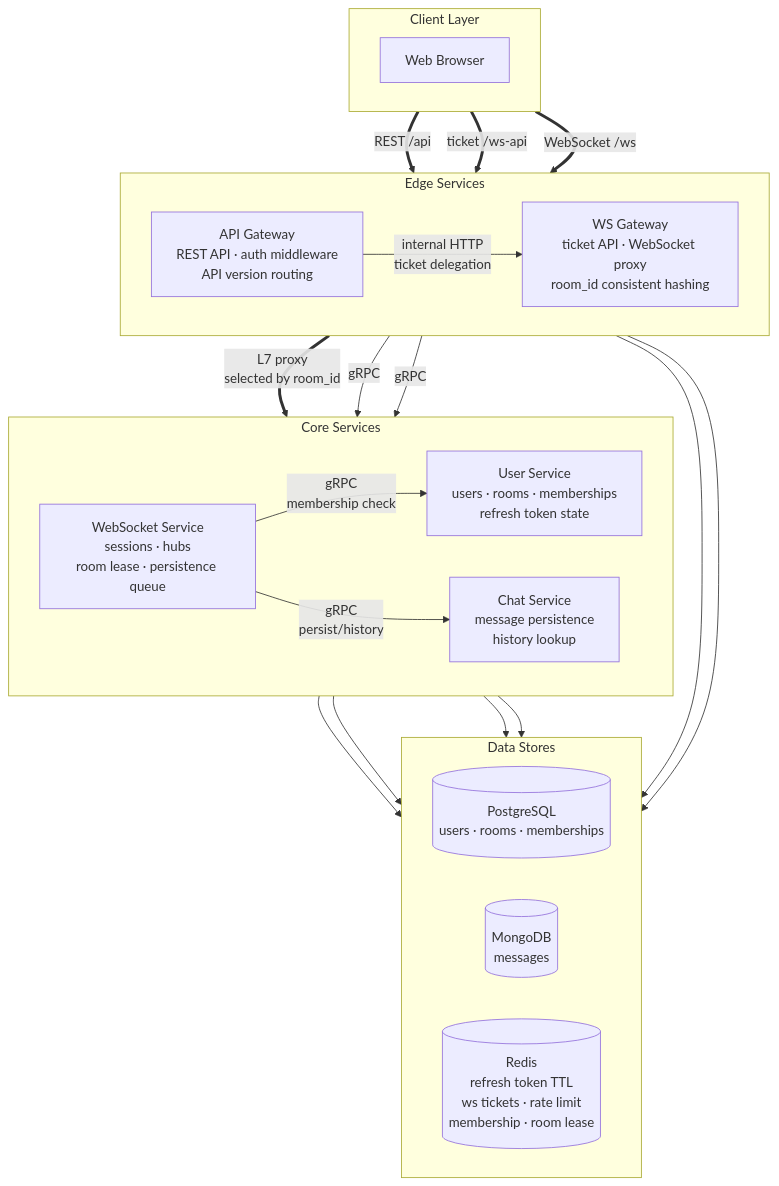
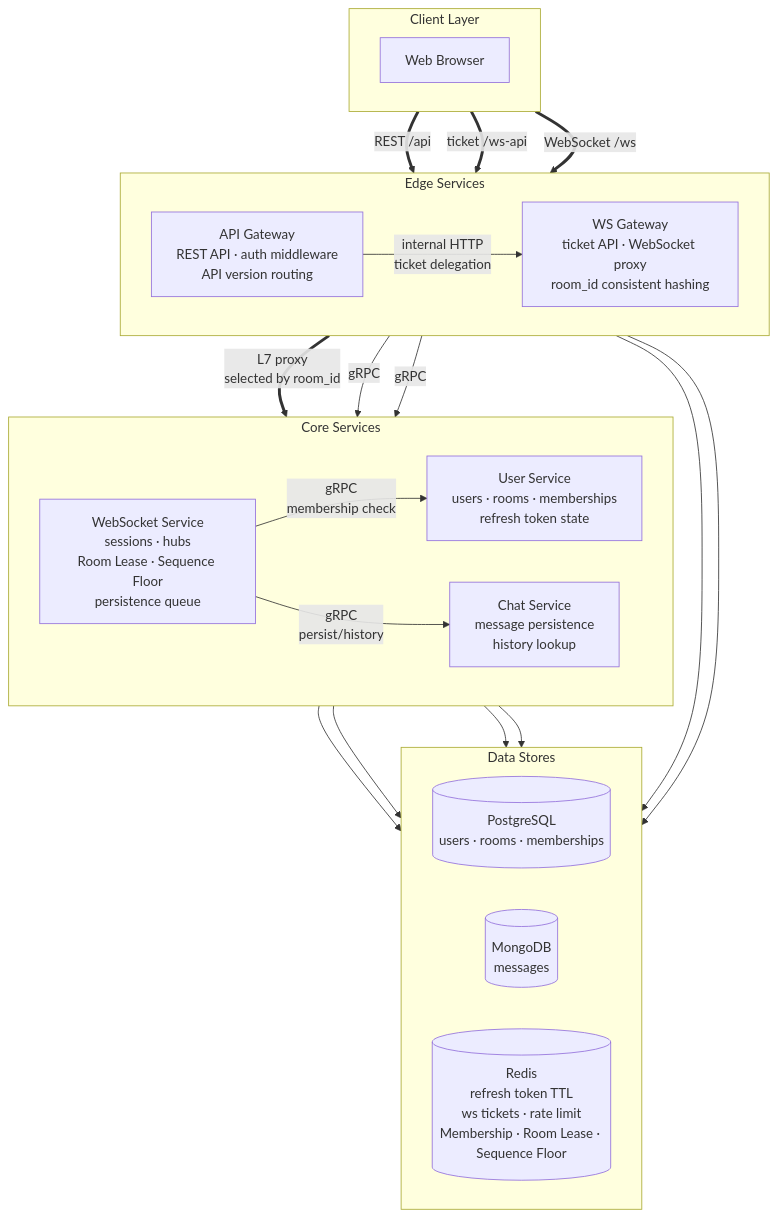
The diagram in docs/diagrams/flow-msa.mmd (happyhun/go-chat-msa), drawn with Mermaid before and after one commit. The commit also changed 8 other files, not shown here.

Commit message:
docs: k8s websocket 다이어그램 최신화

```diff
--- a/docs/diagrams/flow-msa.mmd
+++ b/docs/diagrams/flow-msa.mmd
@@ -1,44 +1,44 @@
 flowchart TB
     subgraph ClientLayer ["Client Layer"]
         direction LR
         Browser["Web Browser"]
     end
 
     subgraph Edge ["Edge Services"]
         direction LR
         AGW["API Gateway<br/>REST API · auth middleware<br/>API version routing"]
         WSGW["WS Gateway<br/>ticket API · WebSocket proxy<br/>room_id consistent hashing"]
     end
 
     subgraph Core ["Core Services"]
         direction LR
         UserSvc["User Service<br/>users · rooms · memberships<br/>refresh token state"]
         ChatSvc["Chat Service<br/>message persistence<br/>history lookup"]
-        WSSvc["WebSocket Service<br/>sessions · hubs<br/>room lease · persistence queue"]
+        WSSvc["WebSocket Service<br/>sessions · hubs<br/>Room Lease · Sequence Floor<br/>persistence queue"]
     end
 
     subgraph Data ["Data Stores"]
         direction LR
         PG[("PostgreSQL<br/>users · rooms · memberships")]
         MG[("MongoDB<br/>messages")]
-        RD[("Redis<br/>refresh token TTL<br/>ws tickets · rate limit<br/>membership · room lease")]
+        RD[("Redis<br/>refresh token TTL<br/>ws tickets · rate limit<br/>Membership · Room Lease · Sequence Floor")]
     end
 
     Browser == "REST /api" ==> AGW
     Browser == "ticket /ws-api" ==> WSGW
     Browser == "WebSocket /ws" ==> WSGW
 
     AGW -- "internal HTTP<br/>ticket delegation" --> WSGW
     WSGW == "L7 proxy<br/>selected by room_id" ==> WSSvc
 
     AGW -- "gRPC" --> UserSvc
     AGW -- "gRPC" --> ChatSvc
     WSSvc -- "gRPC<br/>membership check" --> UserSvc
     WSSvc -- "gRPC<br/>persist/history" --> ChatSvc
 
     UserSvc --> PG
     UserSvc --> RD
     ChatSvc --> MG
     AGW --> RD
     WSGW --> RD
     WSSvc --> RD
```
